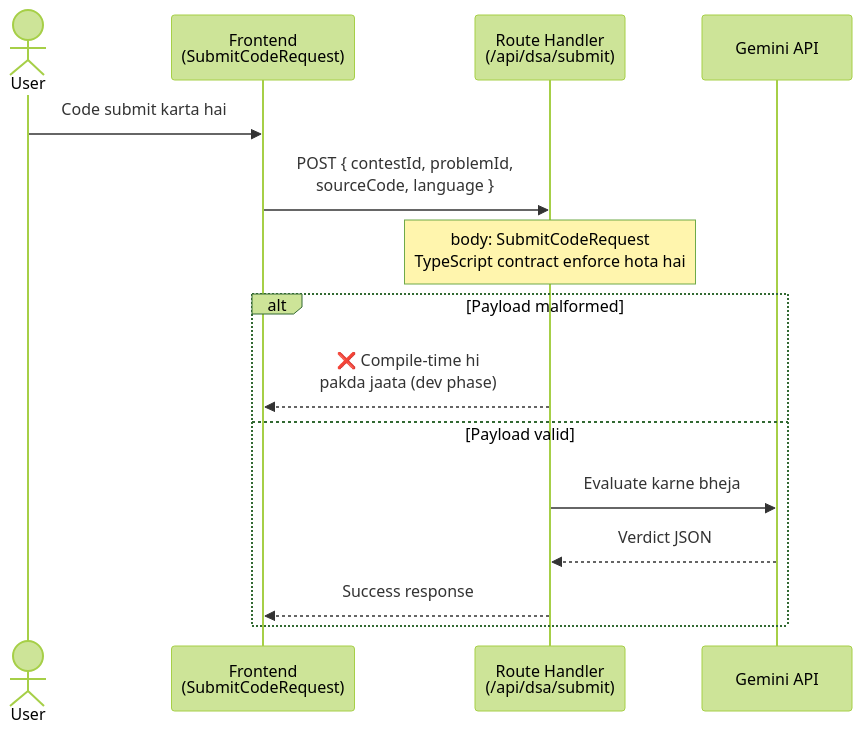
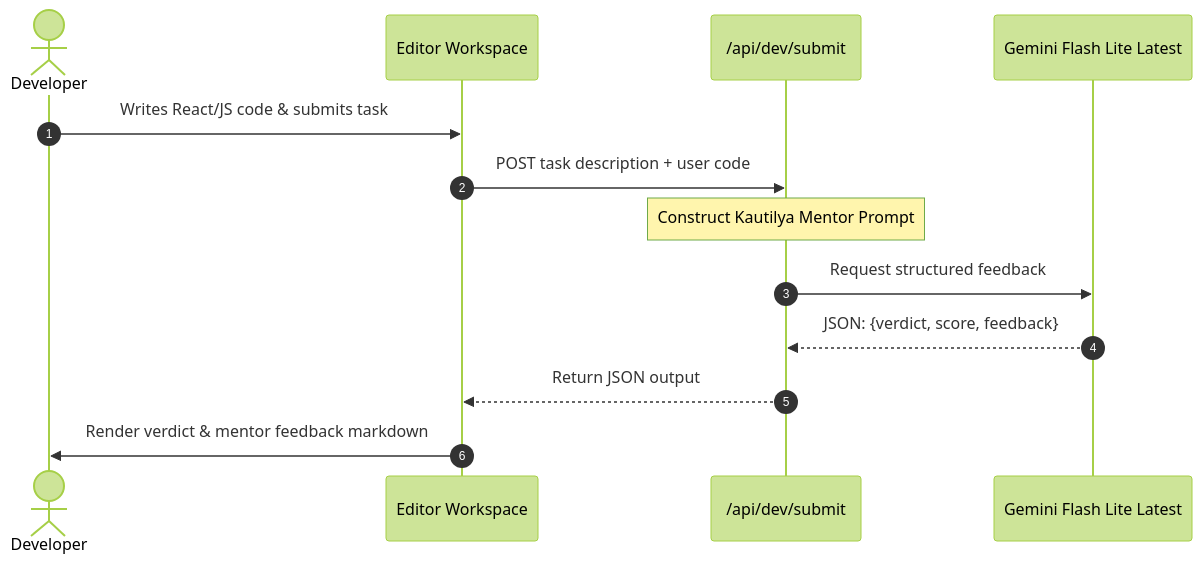
Before and after one commit to DevSars24/codeify: the fifth of 22 diagrams in README.md, drawn with Mermaid (forest theme). The commit also changed other lines of this file, not shown here.

````diff
--- a/README.md
+++ b/README.md
@@ -115,18 +145,15 @@
 ```mermaid
 sequenceDiagram
-    actor User
-    participant FE as Frontend<br/>(SubmitCodeRequest)
-    participant API as Route Handler<br/>(/api/dsa/submit)
-    participant Gemini as Gemini API
-
-    User->>FE: Code submit karta hai
-    FE->>API: POST { contestId, problemId,<br/>sourceCode, language }
-    Note over API: body: SubmitCodeRequest<br/>TypeScript contract enforce hota hai
-    alt Payload malformed
-        API-->>FE: ❌ Compile-time hi<br/>pakda jaata (dev phase)
-    else Payload valid
-        API->>Gemini: Evaluate karne bheja
-        Gemini-->>API: Verdict JSON
-        API-->>FE: Success response
-    end
+    autonumber
+    actor User as Developer
+    participant FE as Editor Workspace
+    participant API as /api/dev/submit
+    participant Gemini as Gemini Flash Lite Latest
+    User->>FE: Writes React/JS code & submits task
+    FE->>API: POST task description + user code
+    Note over API: Construct Kautilya Mentor Prompt
+    API->>Gemini: Request structured feedback
+    Gemini-->>API: JSON: {verdict, score, feedback}
+    API-->>FE: Return JSON output
+    FE->>User: Render verdict & mentor feedback markdown
 ```
````
